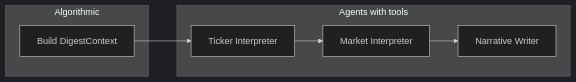
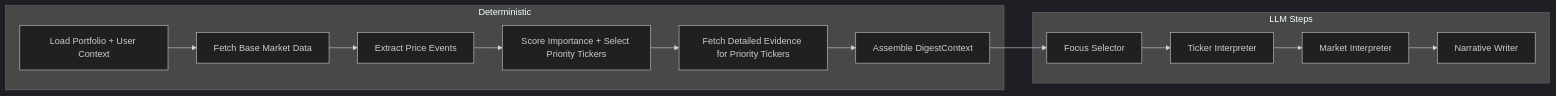
One commit to kourgeorge/flowdeck changed the diagram in docs/plans/daily_digest_workflow_agentic.md. Above: the diagram before and after it, drawn with Mermaid (dark theme). The commit also changed other lines of this file and 17 other files, not shown here.

````diff
--- a/docs/plans/daily_digest_workflow_agentic.md
+++ b/docs/plans/daily_digest_workflow_agentic.md
@@ -12,12 +16,19 @@
 ```mermaid
 flowchart LR
-  subgraph algo [Algorithmic]
-    Build[Build DigestContext]
+  subgraph deterministic [Deterministic]
+    A[Load Portfolio + User Context]
+    B[Fetch Base Market Data]
+    C[Extract Price Events]
+    D[Score Importance + Select Priority Tickers]
+    E[Fetch Detailed Evidence for Priority Tickers]
+    F[Assemble DigestContext]
   end
-  subgraph agents [Agents with tools]
-    TickerInt[Ticker Interpreter]
-    MarketInt[Market Interpreter]
-    Writer[Narrative Writer]
+  subgraph agents [LLM Steps]
+    G[Focus Selector]
+    H[Ticker Interpreter]
+    I[Market Interpreter]
+    J[Narrative Writer]
   end
-  Build --> TickerInt --> MarketInt --> Writer
+
+  A --> B --> C --> D --> E --> F --> G --> H --> I --> J
 ```
````
